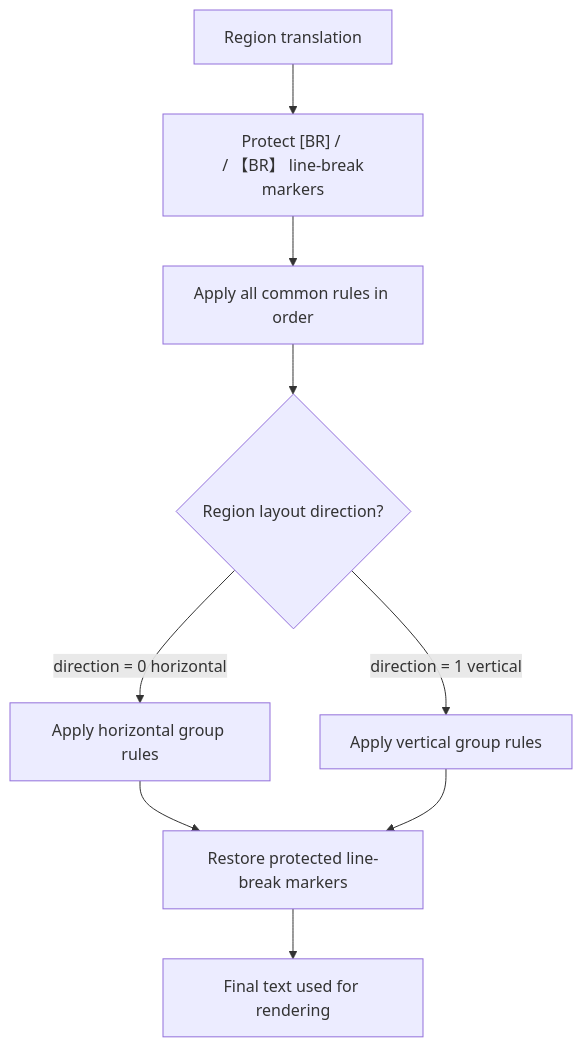
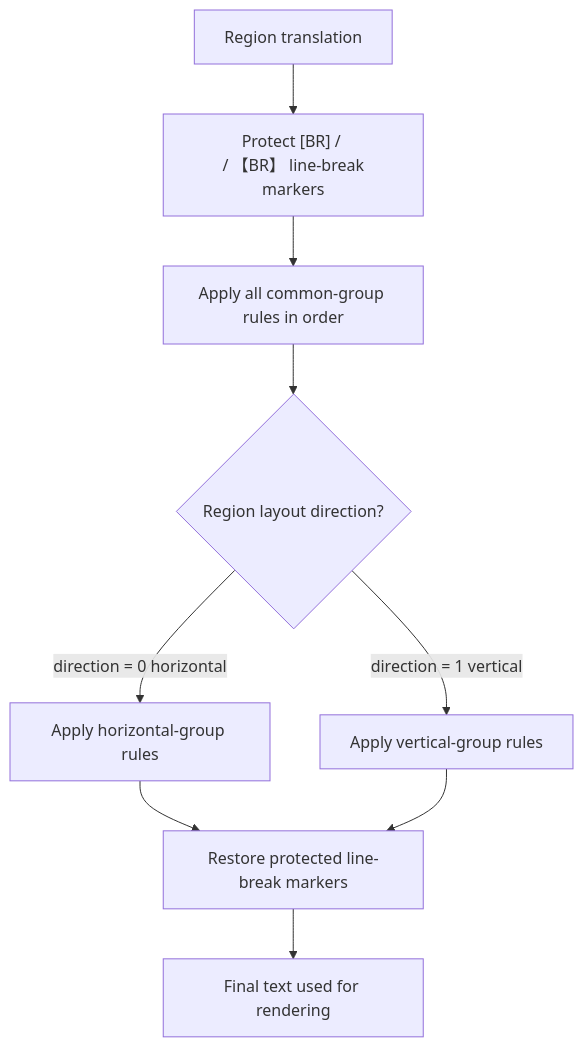
Before and after one commit to hgmzhn/manga-translator-ui: the second of 3 diagrams in doc/wiki/en/desktop/replacement-rules/raw-yaml-regex-and-save.md, drawn with Mermaid. The commit also changed other lines of this file and 252 other files, not shown here.

````diff
--- a/doc/wiki/en/desktop/replacement-rules/raw-yaml-regex-and-save.md
+++ b/doc/wiki/en/desktop/replacement-rules/raw-yaml-regex-and-save.md
@@ -127,11 +86,11 @@
 ```mermaid
 flowchart TD
     IN["Region translation"] --> PROT["Protect [BR] / <br> / 【BR】 line-break markers"]
-    PROT --> COMMON["Apply all common rules in order"]
+    PROT --> COMMON["Apply all common-group rules in order"]
     COMMON --> DIR{"Region layout direction?"}
-    DIR -->|"direction = 0 horizontal"| H["Apply horizontal group rules"]
-    DIR -->|"direction = 1 vertical"| V["Apply vertical group rules"]
+    DIR -->|"direction = 0 horizontal"| H["Apply horizontal-group rules"]
+    DIR -->|"direction = 1 vertical"| V["Apply vertical-group rules"]
     H --> RESTORE["Restore protected line-break markers"]
     V --> RESTORE
     RESTORE --> OUT["Final text used for rendering"]
 ```
````
